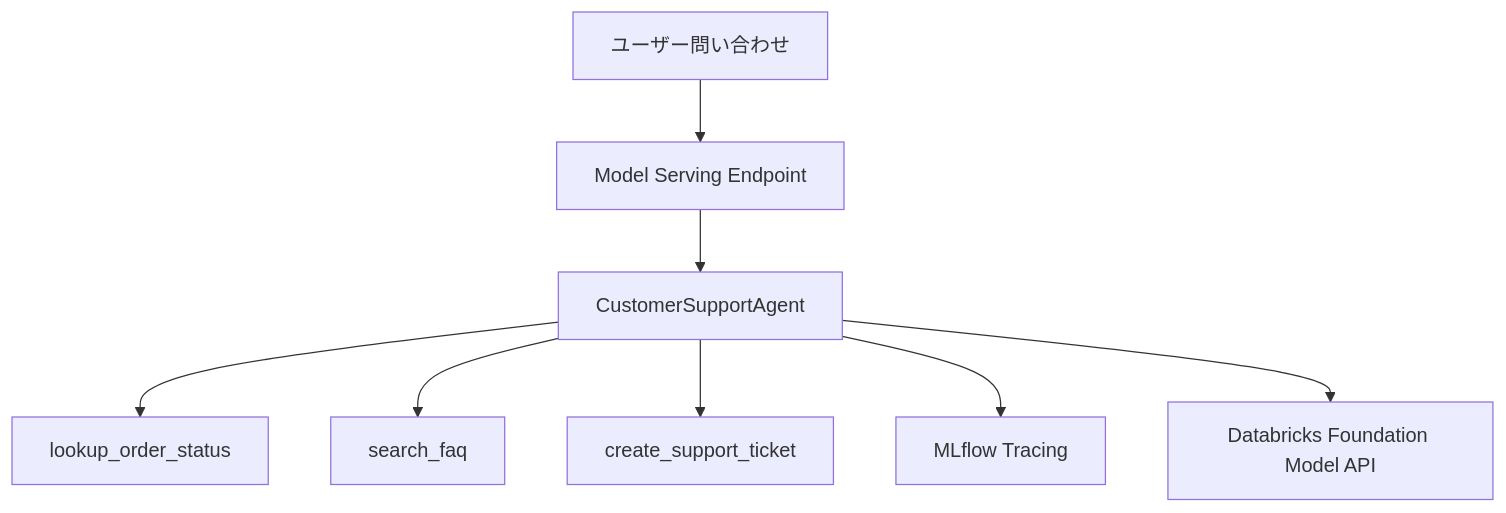
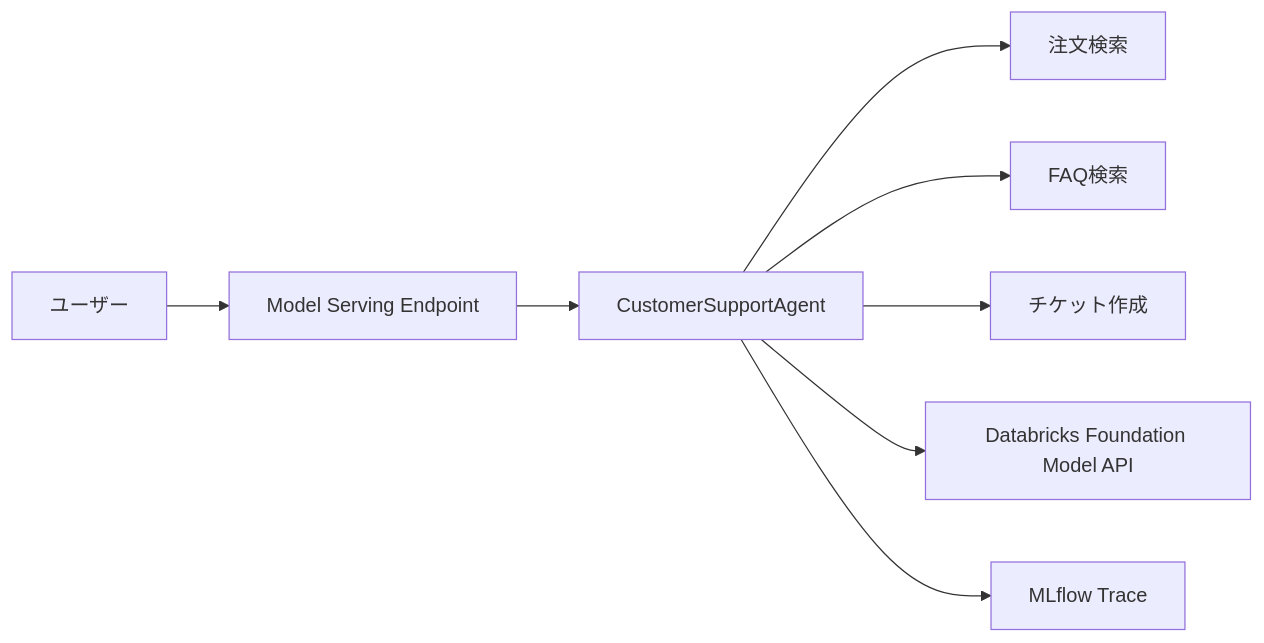
One commit to aymkbyshi/databricks-agentops-customer-support changed the second of 4 diagrams in articles/databricks-agentops-zenn.md. Above: the diagram before and after it, drawn with Mermaid. The commit also changed other lines of this file, not shown here.

Commit message:
Rewrite Zenn article for full AgentOps loop

````diff
--- a/articles/databricks-agentops-zenn.md
+++ b/articles/databricks-agentops-zenn.md
@@ -114,10 +88,10 @@
 ```mermaid
-flowchart TD
-    U[ユーザー問い合わせ] --> S[Model Serving Endpoint]
-    S --> A[CustomerSupportAgent]
-    A --> O[lookup_order_status]
-    A --> F[search_faq]
-    A --> T[create_support_ticket]
-    A --> M[MLflow Tracing]
+flowchart LR
+    U[ユーザー] --> E[Model Serving Endpoint]
+    E --> A[CustomerSupportAgent]
+    A --> O[注文検索]
+    A --> F[FAQ検索]
+    A --> T[チケット作成]
     A --> L[Databricks Foundation Model API]
+    A --> M[MLflow Trace]
 ```
````
